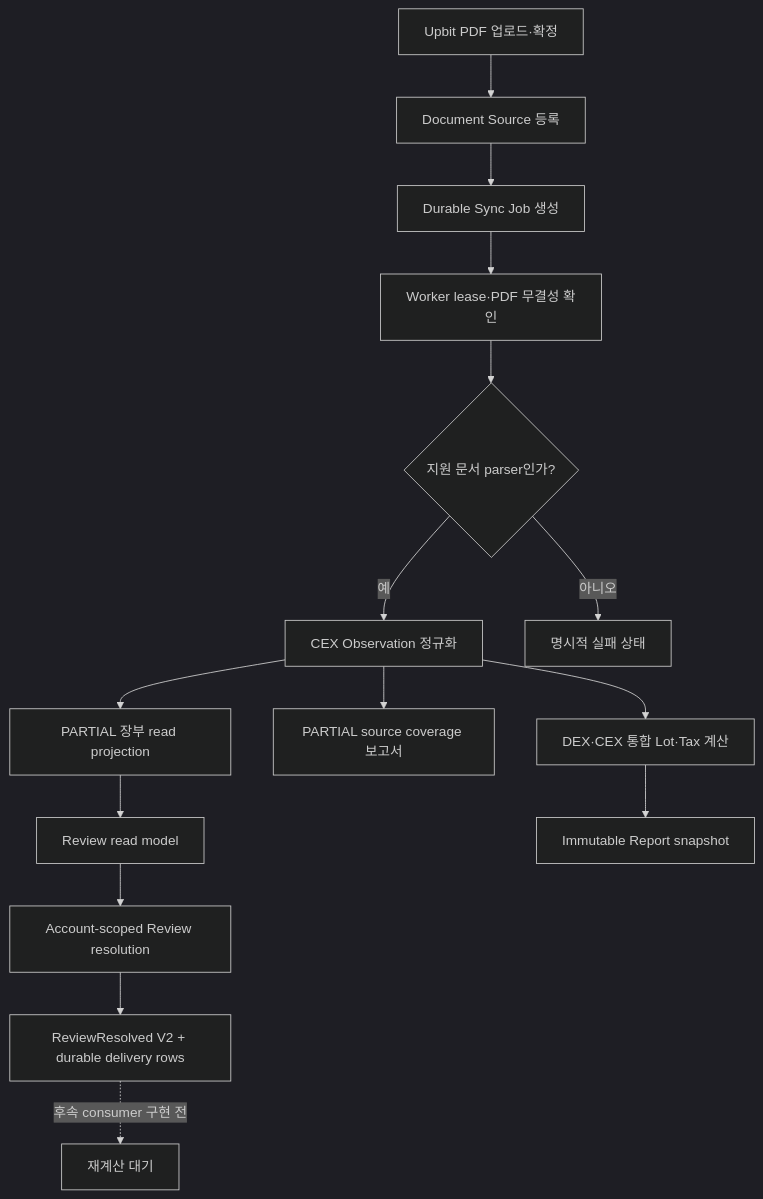
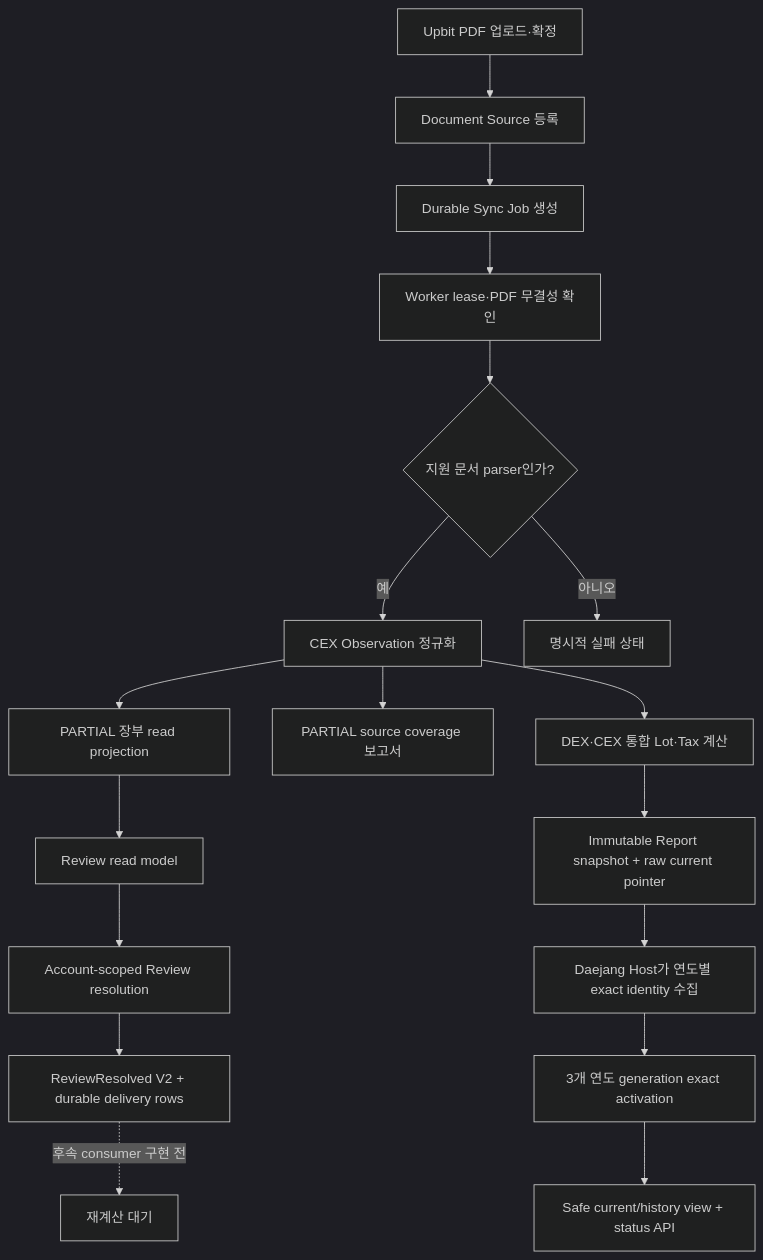
Before and after one commit to BackwardLabs/daejang: the diagram in docs/engine-integration-roadmap.md, drawn with Mermaid (dark theme). The commit also changed other lines of this file and 25 other files, not shown here.

Commit message:
feat(reporting): activate generation-gated tax runtime

````diff
--- a/docs/engine-integration-roadmap.md
+++ b/docs/engine-integration-roadmap.md
@@ -31,17 +33,20 @@
 ```mermaid
 flowchart TD
   upload[Upbit PDF 업로드·확정] --> source[Document Source 등록]
   source --> sync[Durable Sync Job 생성]
   sync --> worker[Worker lease·PDF 무결성 확인]
   worker --> parse{지원 문서 parser인가?}
   parse -->|예| observation[CEX Observation 정규화]
   parse -->|아니오| fail[명시적 실패 상태]
   observation --> activity[PARTIAL 장부 read projection]
   observation --> coverage[PARTIAL source coverage 보고서]
   observation --> tax[DEX·CEX 통합 Lot·Tax 계산]
   activity --> review[Review read model]
   review --> resolution[Account-scoped Review resolution]
   resolution --> delivery[ReviewResolved V2 + durable delivery rows]
   delivery -. 후속 consumer 구현 전 .-> pending[재계산 대기]
-  tax --> report[Immutable Report snapshot]
+  tax --> report[Immutable Report snapshot + raw current pointer]
+  report --> host[Daejang Host가 연도별 exact identity 수집]
+  host --> generation[3개 연도 generation exact activation]
+  generation --> safe[Safe current/history view + status API]
 ```
````
